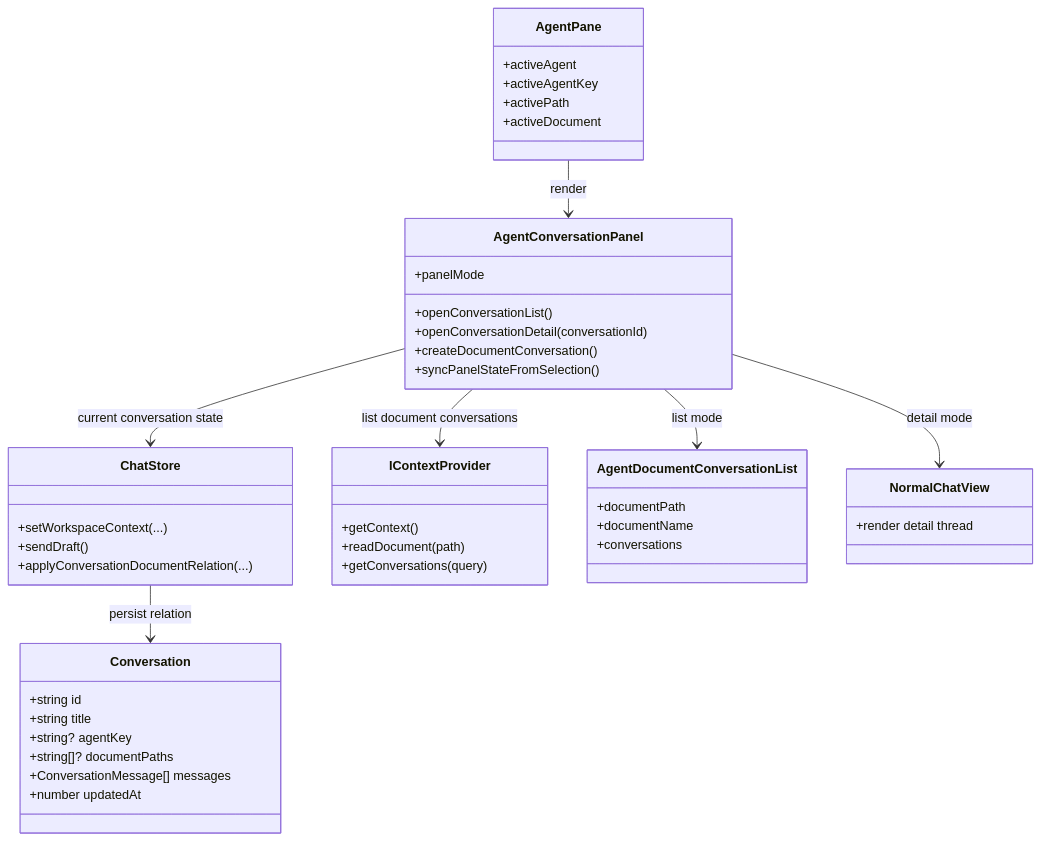
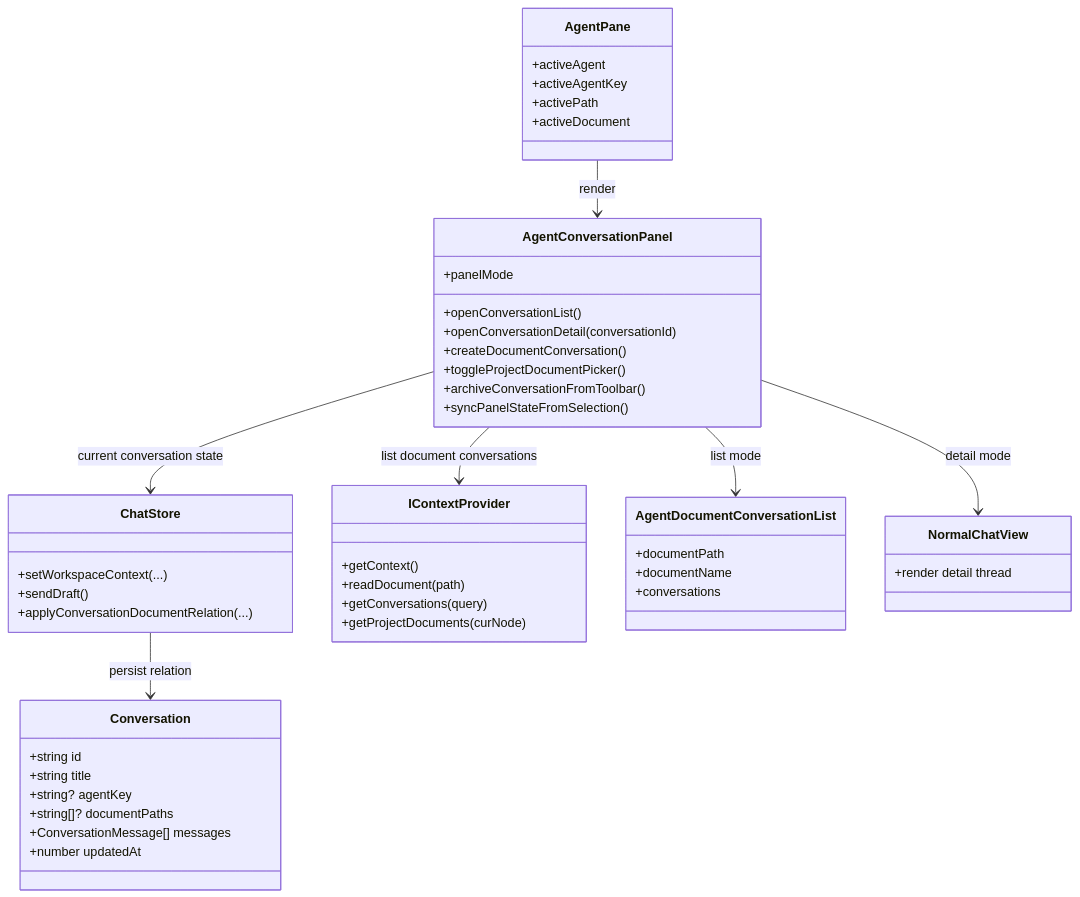
The first of 2 diagrams in docs/context-provider.md (zhouquan2k/JARVIS), drawn with Mermaid before and after one commit. The commit also changed other lines of this file and 143 other files, not shown here.

````diff
--- a/docs/context-provider.md
+++ b/docs/context-provider.md
@@ -9,55 +9,58 @@
 ```mermaid
 classDiagram
     class Conversation {
       +string id
       +string title
       +string? agentKey
       +string[]? documentPaths
       +ConversationMessage[] messages
       +number updatedAt
     }
 
     class ChatStore {
       +setWorkspaceContext(...)
       +sendDraft()
       +applyConversationDocumentRelation(...)
     }
 
     class IContextProvider {
       +getContext()
       +readDocument(path)
       +getConversations(query)
+      +getProjectDocuments(curNode)
     }
 
     class AgentPane {
       +activeAgent
       +activeAgentKey
       +activePath
       +activeDocument
     }
 
     class AgentConversationPanel {
       +panelMode
       +openConversationList()
       +openConversationDetail(conversationId)
       +createDocumentConversation()
+      +toggleProjectDocumentPicker()
+      +archiveConversationFromToolbar()
       +syncPanelStateFromSelection()
     }
 
     class AgentDocumentConversationList {
       +documentPath
       +documentName
       +conversations
     }
 
     class NormalChatView {
       +render detail thread
     }
 
     AgentPane --> AgentConversationPanel : render
     AgentConversationPanel --> IContextProvider : list document conversations
     AgentConversationPanel --> ChatStore : current conversation state
     AgentConversationPanel --> AgentDocumentConversationList : list mode
     AgentConversationPanel --> NormalChatView : detail mode
     ChatStore --> Conversation : persist relation
 ```
````
